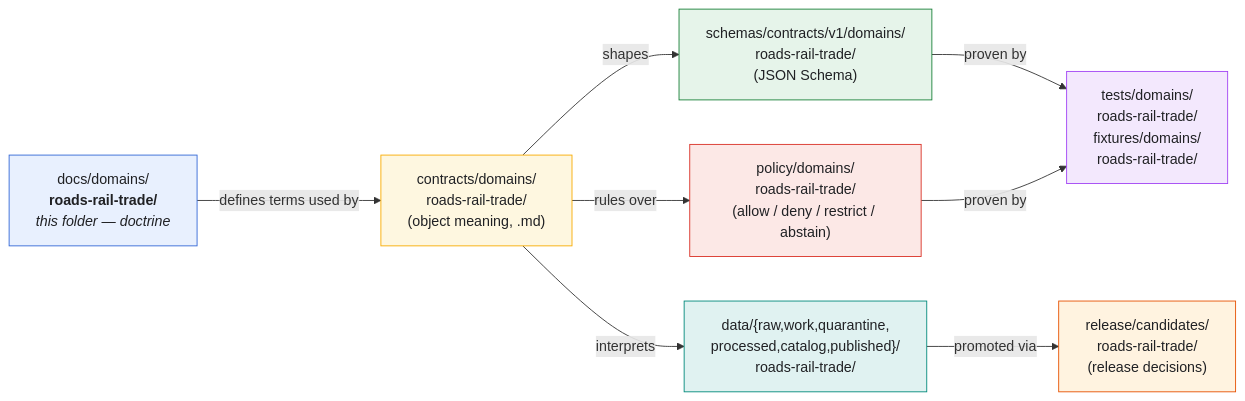
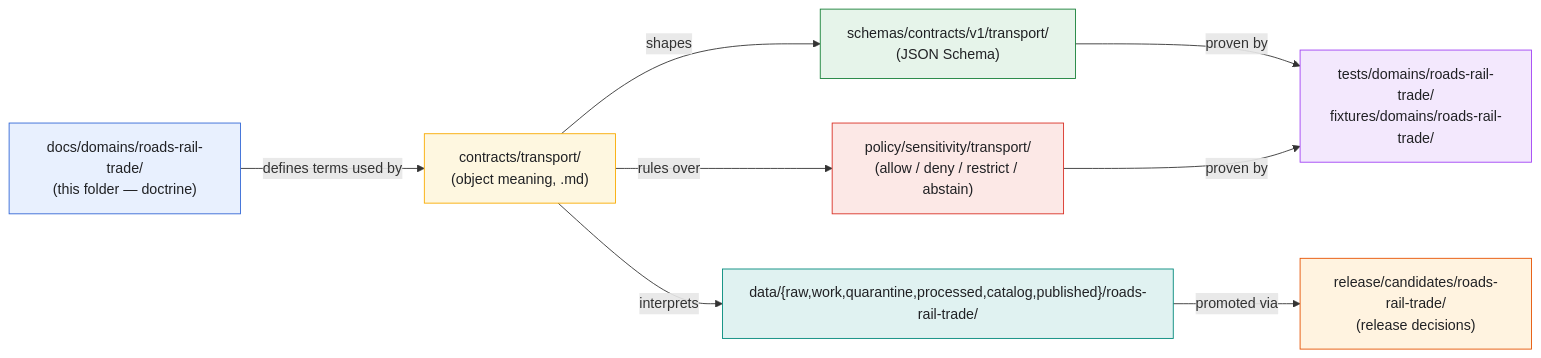
The first of 2 diagrams in docs/domains/roads-rail-trade/README.md (bartytime4life/Kansas-Frontier-Matrix), drawn with Mermaid before and after one commit. The commit also changed other lines of this file, not shown here.

````diff
--- a/docs/domains/roads-rail-trade/README.md
+++ b/docs/domains/roads-rail-trade/README.md
@@ -171,27 +187,27 @@
 ```mermaid
 flowchart LR
   classDef doc fill:#e8f0fe,stroke:#3367d6,color:#202124;
   classDef ctr fill:#fef7e0,stroke:#f9ab00,color:#202124;
   classDef sch fill:#e6f4ea,stroke:#188038,color:#202124;
   classDef pol fill:#fce8e6,stroke:#d93025,color:#202124;
   classDef tst fill:#f3e8fd,stroke:#a142f4,color:#202124;
   classDef dat fill:#e0f2f1,stroke:#00897b,color:#202124;
   classDef rel fill:#fff3e0,stroke:#e65100,color:#202124;
 
-  THIS["docs/domains/<br/><b>roads-rail-trade/</b><br/><i>this folder — doctrine</i>"]:::doc
+  THIS["docs/domains/roads-rail-trade/<br/>(this folder — doctrine)"]:::doc
 
-  CTR["contracts/domains/<br/>roads-rail-trade/<br/>(object meaning, .md)"]:::ctr
-  SCH["schemas/contracts/v1/domains/<br/>roads-rail-trade/<br/>(JSON Schema)"]:::sch
-  POL["policy/domains/<br/>roads-rail-trade/<br/>(allow / deny / restrict / abstain)"]:::pol
-  TST["tests/domains/<br/>roads-rail-trade/<br/>fixtures/domains/<br/>roads-rail-trade/"]:::tst
-  DAT["data/{raw,work,quarantine,<br/>processed,catalog,published}/<br/>roads-rail-trade/"]:::dat
-  REL["release/candidates/<br/>roads-rail-trade/<br/>(release decisions)"]:::rel
+  CTR["contracts/transport/<br/>(object meaning, .md)"]:::ctr
+  SCH["schemas/contracts/v1/transport/<br/>(JSON Schema)"]:::sch
+  POL["policy/sensitivity/transport/<br/>(allow / deny / restrict / abstain)"]:::pol
+  TST["tests/domains/roads-rail-trade/<br/>fixtures/domains/roads-rail-trade/"]:::tst
+  DAT["data/{raw,work,quarantine,processed,catalog,published}/roads-rail-trade/"]:::dat
+  REL["release/candidates/roads-rail-trade/<br/>(release decisions)"]:::rel
 
   THIS -- "defines terms used by" --> CTR
   CTR  -- "shapes" --> SCH
   CTR  -- "rules over" --> POL
   SCH  -- "proven by" --> TST
   POL  -- "proven by" --> TST
   DAT  -- "promoted via" --> REL
   CTR  -- "interprets" --> DAT
 ```
````
